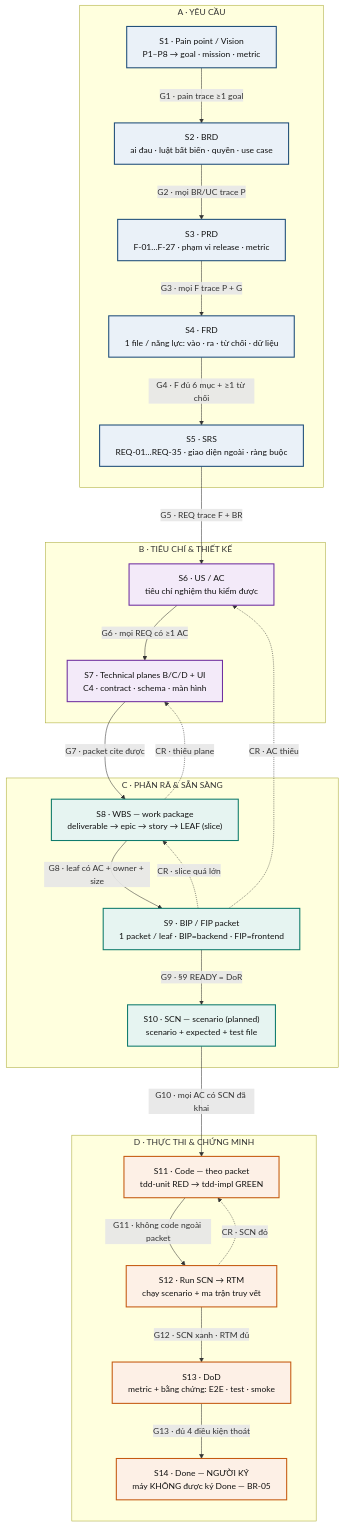
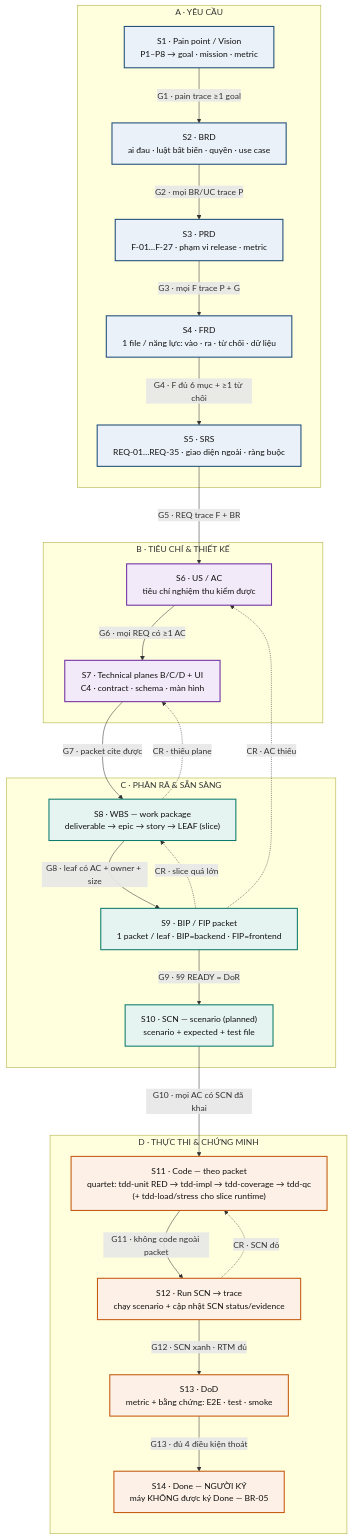
Before and after one commit to thangs2/eso-harness: the diagram in sdlc/02.governance/04.diagrams/01.main-pipeline.md, drawn with Mermaid. The commit also changed other lines of this file and 1 other file, not shown here.

First line of the commit message:
docs(diagrams): S11 shows quartet + load/stress, S12 trace off SCN (no RTM)

````diff
--- a/sdlc/02.governance/04.diagrams/01.main-pipeline.md
+++ b/sdlc/02.governance/04.diagrams/01.main-pipeline.md
@@ -16,54 +16,54 @@
 ```mermaid
 %%{init: {"flowchart": {"wrappingWidth": 430, "nodeSpacing": 55, "rankSpacing": 80, "htmlLabels": true}}}%%
 flowchart TD
     subgraph A["A · YÊU CẦU"]
         S1["S1 · Pain point / Vision<br/>P1–P8 → goal · mission · metric"]
         S2["S2 · BRD<br/>ai đau · luật bất biến · quyền · use case"]
         S3["S3 · PRD<br/>F-01…F-27 · phạm vi release · metric"]
         S4["S4 · FRD<br/>1 file / năng lực: vào · ra · từ chối · dữ liệu"]
         S5["S5 · SRS<br/>REQ-01…REQ-35 · giao diện ngoài · ràng buộc"]
     end
     subgraph B["B · TIÊU CHÍ & THIẾT KẾ"]
         S6["S6 · US / AC<br/>tiêu chí nghiệm thu kiểm được"]
         S7["S7 · Technical planes B/C/D + UI<br/>C4 · contract · schema · màn hình"]
     end
     subgraph C["C · PHÂN RÃ & SẴN SÀNG"]
         S8["S8 · WBS — work package<br/>deliverable → epic → story → LEAF (slice)"]
         S9["S9 · BIP / FIP packet<br/>1 packet / leaf · BIP=backend · FIP=frontend"]
         S10["S10 · SCN — scenario (planned)<br/>scenario + expected + test file"]
     end
     subgraph D["D · THỰC THI & CHỨNG MINH"]
-        S11["S11 · Code — theo packet<br/>tdd-unit RED → tdd-impl GREEN"]
-        S12["S12 · Run SCN → RTM<br/>chạy scenario + ma trận truy vết"]
+        S11["S11 · Code — theo packet<br/>quartet: tdd-unit RED → tdd-impl → tdd-coverage → tdd-qc<br/>(+ tdd-load/stress cho slice runtime)"]
+        S12["S12 · Run SCN → trace<br/>chạy scenario + cập nhật SCN status/evidence"]
         S13["S13 · DoD<br/>metric + bằng chứng: E2E · test · smoke"]
         S14["S14 · Done — NGƯỜI KÝ<br/>máy KHÔNG được ký Done — BR-05"]
     end
 
     S1 -->|"G1 · pain trace ≥1 goal"| S2
     S2 -->|"G2 · mọi BR/UC trace P"| S3
     S3 -->|"G3 · mọi F trace P + G"| S4
     S4 -->|"G4 · F đủ 6 mục + ≥1 từ chối"| S5
     S5 -->|"G5 · REQ trace F + BR"| S6
     S6 -->|"G6 · mọi REQ có ≥1 AC"| S7
     S7 -->|"G7 · packet cite được"| S8
     S8 -->|"G8 · leaf có AC + owner + size"| S9
     S9 -->|"G9 · §9 READY = DoR"| S10
     S10 -->|"G10 · mọi AC có SCN đã khai"| S11
     S11 -->|"G11 · không code ngoài packet"| S12
     S12 -->|"G12 · SCN xanh · RTM đủ"| S13
     S13 -->|"G13 · đủ 4 điều kiện thoát"| S14
 
     S9 -.->|"CR · AC thiếu"| S6
     S9 -.->|"CR · slice quá lớn"| S8
     S8 -.->|"CR · thiếu plane"| S7
     S12 -.->|"CR · SCN đỏ"| S11
 
     classDef req fill:#EAF1F8,stroke:#1F4E79,stroke-width:2px,color:#111111
     classDef crit fill:#F3EAF9,stroke:#7030A0,stroke-width:2px,color:#111111
     classDef ready fill:#E6F4F1,stroke:#0F7B6C,stroke-width:2px,color:#111111
     classDef exec fill:#FDF0E6,stroke:#C55A11,stroke-width:2px,color:#111111
     class S1,S2,S3,S4,S5 req
     class S6,S7 crit
     class S8,S9,S10 ready
     class S11,S12,S13,S14 exec
 ```
````
